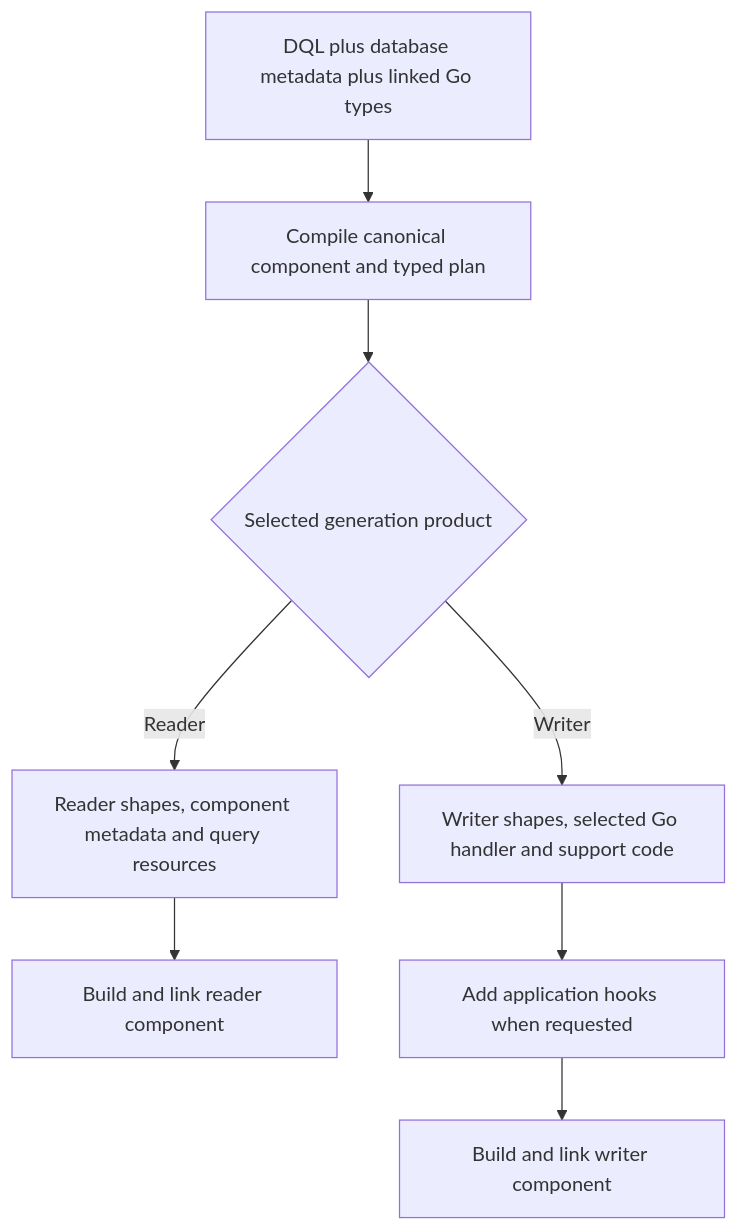
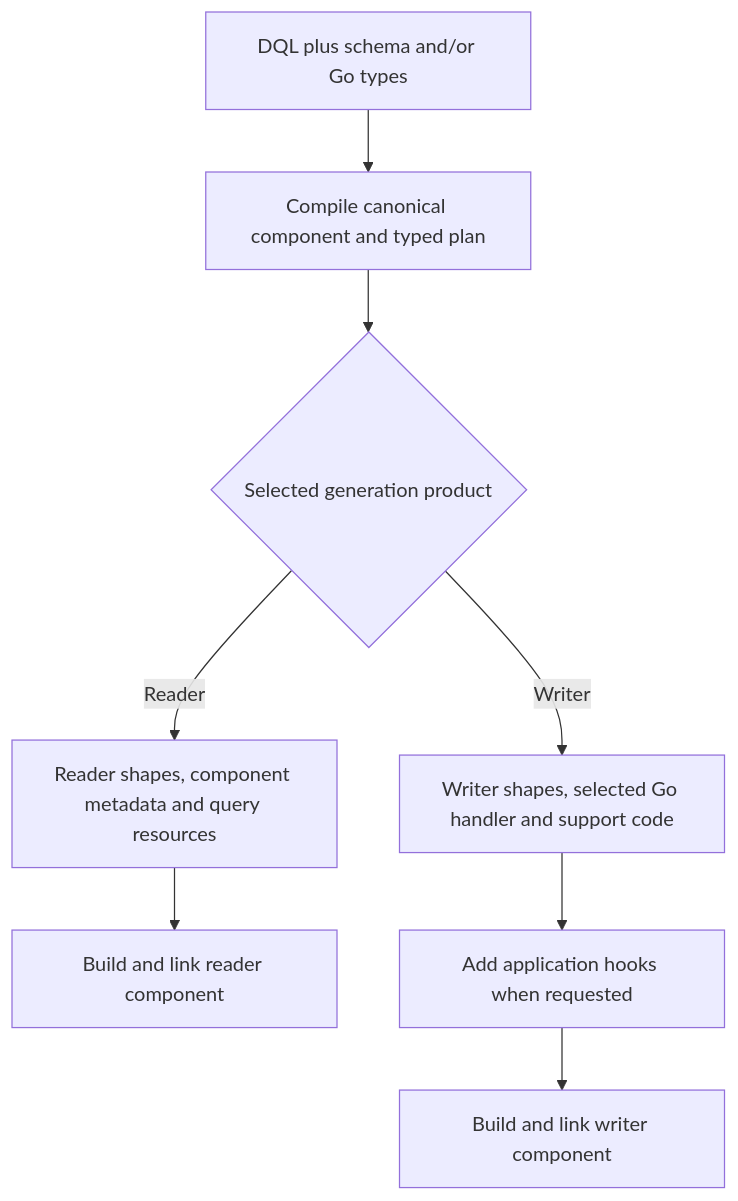
One commit to viant/datly changed the third of 3 diagrams in doc/programming-model.md. Above: the diagram before and after it, drawn with Mermaid. The commit also changed other lines of this file and 3 other files, not shown here.

Commit message:
Explain architecture and lifecycles with Mermaid sequence diagrams

````diff
--- a/doc/programming-model.md
+++ b/doc/programming-model.md
@@ -84,10 +88,10 @@
 ```mermaid
 flowchart TD
-    A[DQL plus database metadata plus linked Go types] --> B[Compile canonical component and typed plan]
+    A[DQL plus schema and/or Go types] --> B[Compile canonical component and typed plan]
     B --> C{Selected generation product}
     C -->|Reader| R[Reader shapes, component metadata and query resources]
     C -->|Writer| W[Writer shapes, selected Go handler and support code]
     R --> RB[Build and link reader component]
     W --> WH[Add application hooks when requested]
     WH --> WB[Build and link writer component]
 ```
````
